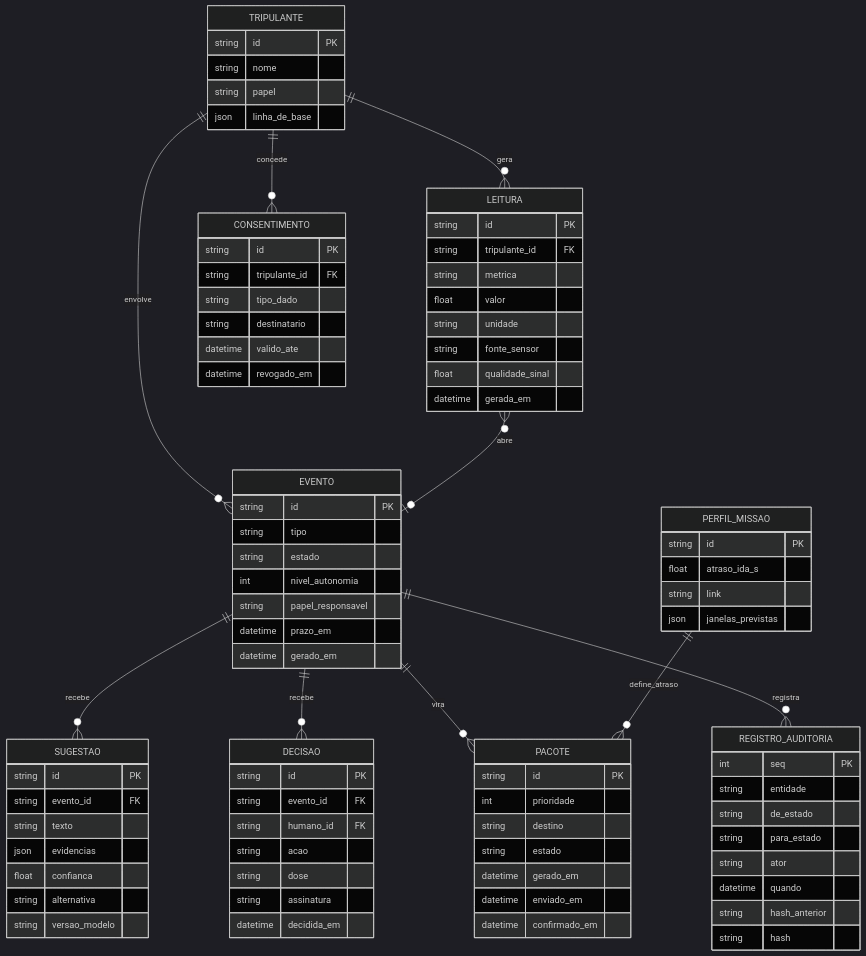
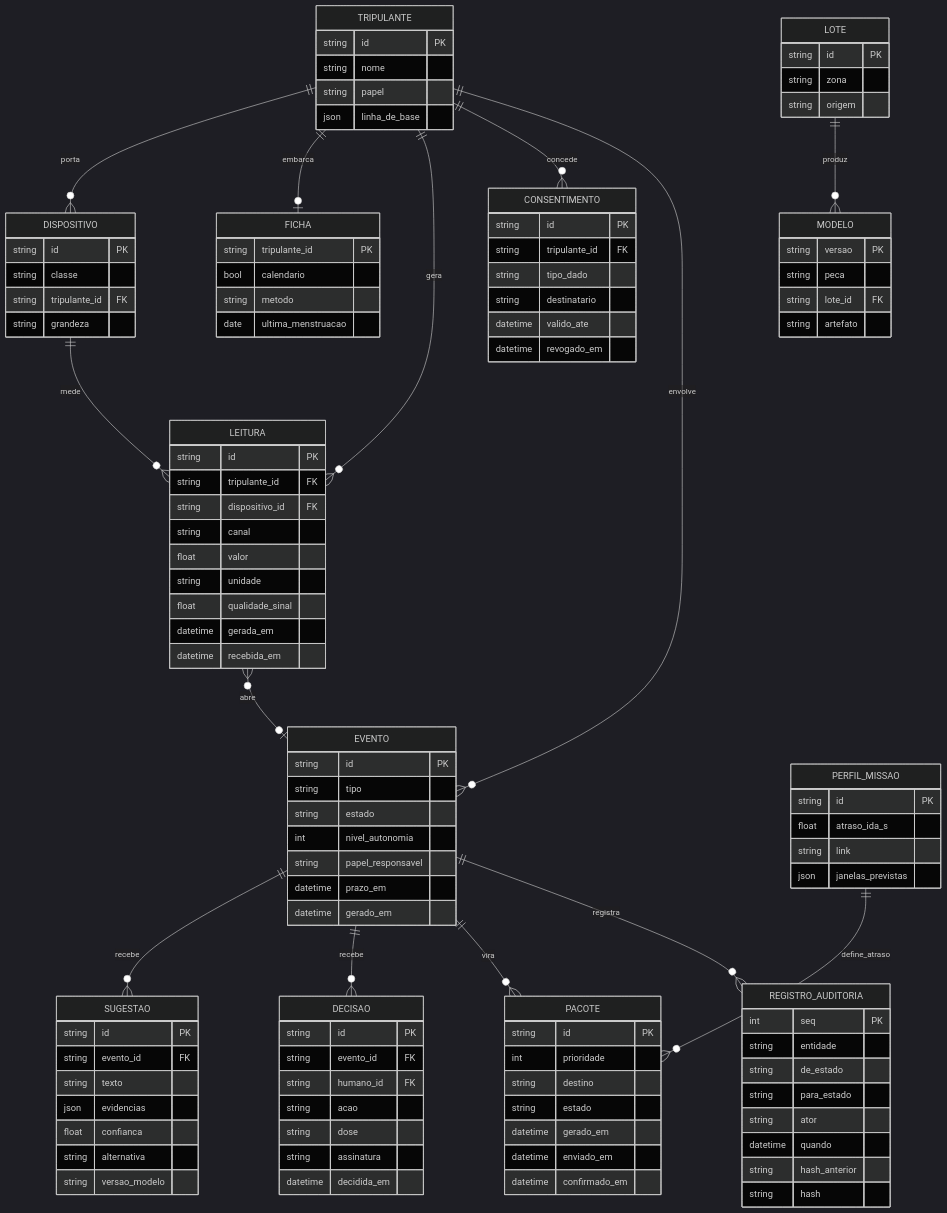
One commit to KamyllaJawad/nexus-saturn changed the diagram in 4-arquitetura/diagramas/modelo-er.mmd. Above: the diagram before and after it, drawn with Mermaid (dark theme). The commit also changed 8 other files, not shown here.

```diff
--- a/4-arquitetura/diagramas/modelo-er.mmd
+++ b/4-arquitetura/diagramas/modelo-er.mmd
@@ -1,87 +1,115 @@
 erDiagram
+  TRIPULANTE ||--o{ DISPOSITIVO : porta
+  TRIPULANTE ||--o| FICHA : embarca
+  DISPOSITIVO ||--o{ LEITURA : mede
   TRIPULANTE ||--o{ LEITURA : gera
   TRIPULANTE ||--o{ CONSENTIMENTO : concede
   TRIPULANTE ||--o{ EVENTO : envolve
   LEITURA }o--o| EVENTO : abre
+  LOTE ||--o{ MODELO : produz
   EVENTO ||--o{ SUGESTAO : recebe
   EVENTO ||--o{ DECISAO : recebe
   EVENTO ||--o{ PACOTE : vira
   PERFIL_MISSAO ||--o{ PACOTE : define_atraso
   EVENTO ||--o{ REGISTRO_AUDITORIA : registra
 
   TRIPULANTE {
     string id PK
     string nome
     string papel
     json linha_de_base
   }
+  DISPOSITIVO {
+    string id PK
+    string classe
+    string tripulante_id FK
+    string grandeza
+  }
+  FICHA {
+    string tripulante_id PK
+    bool calendario
+    string metodo
+    date ultima_menstruacao
+  }
   LEITURA {
     string id PK
     string tripulante_id FK
-    string metrica
+    string dispositivo_id FK
+    string canal
     float valor
     string unidade
-    string fonte_sensor
     float qualidade_sinal
     datetime gerada_em
+    datetime recebida_em
   }
   EVENTO {
     string id PK
     string tipo
     string estado
     int nivel_autonomia
     string papel_responsavel
     datetime prazo_em
     datetime gerado_em
   }
   SUGESTAO {
     string id PK
     string evento_id FK
     string texto
     json evidencias
     float confianca
     string alternativa
     string versao_modelo
   }
   DECISAO {
     string id PK
     string evento_id FK
     string humano_id FK
     string acao
     string dose
     string assinatura
     datetime decidida_em
   }
   CONSENTIMENTO {
     string id PK
     string tripulante_id FK
     string tipo_dado
     string destinatario
     datetime valido_ate
     datetime revogado_em
   }
   PACOTE {
     string id PK
     int prioridade
     string destino
     string estado
     datetime gerado_em
     datetime enviado_em
     datetime confirmado_em
   }
   REGISTRO_AUDITORIA {
     int seq PK
     string entidade
     string de_estado
     string para_estado
     string ator
     datetime quando
     string hash_anterior
     string hash
   }
   PERFIL_MISSAO {
     string id PK
     float atraso_ida_s
     string link
     json janelas_previstas
   }
+  LOTE {
+    string id PK
+    string zona
+    string origem
+  }
+  MODELO {
+    string versao PK
+    string peca
+    string lote_id FK
+    string artefato
+  }
```
